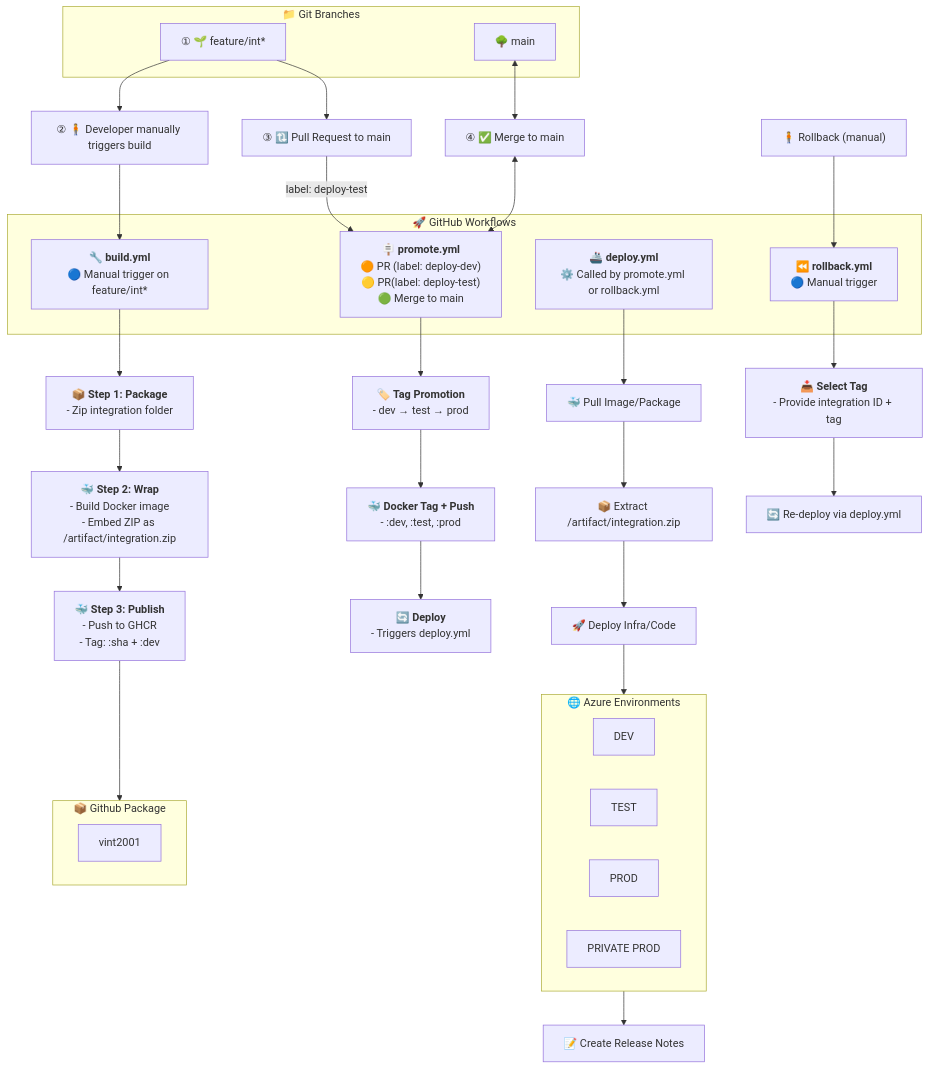
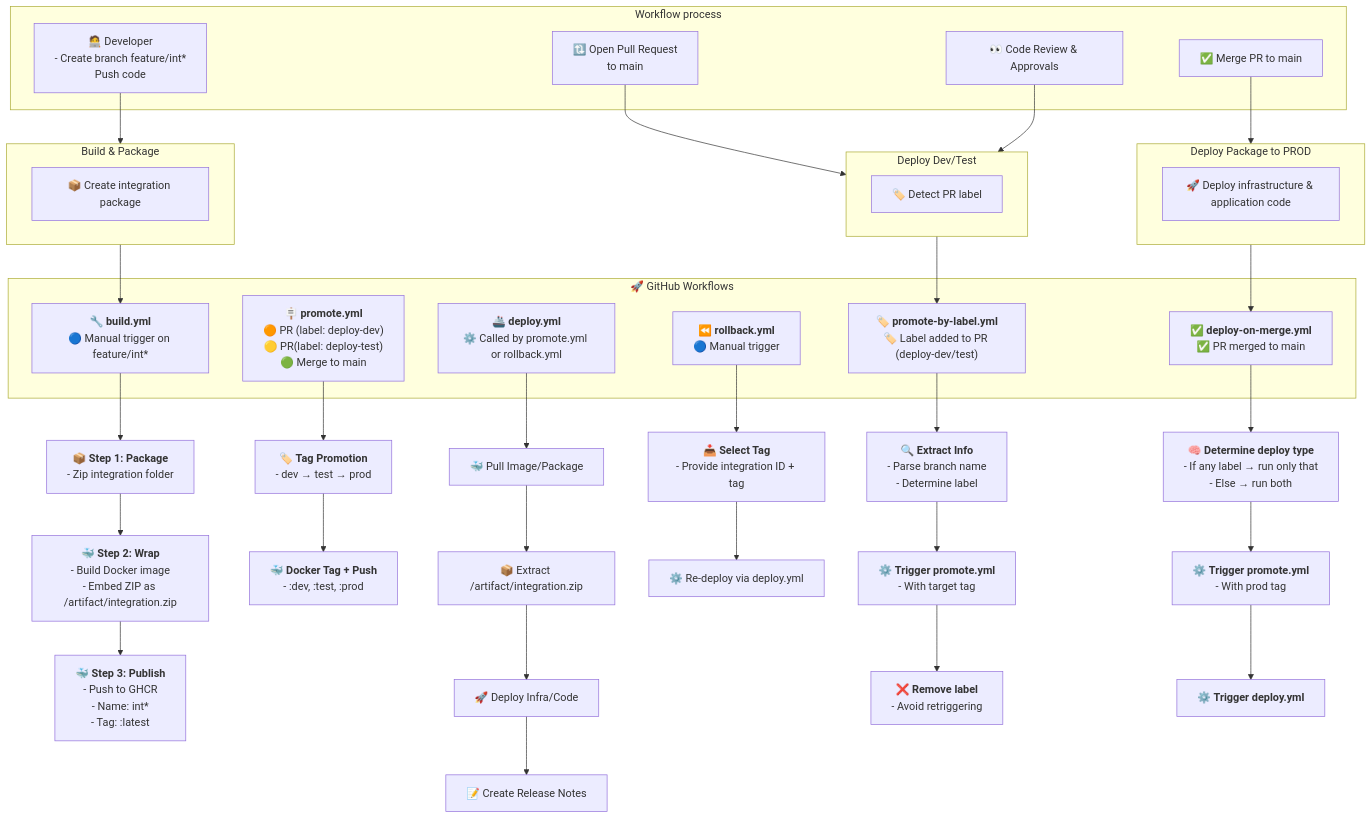
Before and after one commit to antonidag/radius: the second of 5 diagrams in README.md, drawn with Mermaid.

Commit message:
docs: add readme subgraph

````diff
--- a/README.md
+++ b/README.md
@@ -37,46 +37,78 @@
 ```mermaid
 ---
 config:
   layout: dagre
 ---
 flowchart TD
- subgraph GIT["📁 Git Branches"]
-        branchFeature["① 🌱 feature/int*"]
-        branchMain["🌳 main"]
+
+  %% Developer steps
+  subgraph WORKPROCESS["Workflow process"]
+      %% Developer & Git Process (Top vertical)
+    WP1["🧑‍💻 Developer<br>- Create branch feature/int* <br>Push code"]
+    WP2["🔃 Open Pull Request <br>to main"]
+    WP3["👀 Code Review & Approvals"]
+    WP4["✅ Merge PR to main"]
   end
- subgraph ENVIRONMENTS["🌐 Azure Environments"]
-        ENV_DEV["DEV"]
-        ENV_TEST["TEST"]
-        ENV_PROD["PROD"]
-        ENV_HYBRID_PROD["PRIVATE PROD"]
+
+  %% Build Phase
+  subgraph WPBUILD["Build & Package"]
+    B11["📦 Create integration package"]
   end
- subgraph Package["📦 Github Package"]
-        p1["vint2001"]
+
+  %% Promotion Phase
+  subgraph WPPROMOTE["Deploy Dev/Test"]
+    P11["🏷️ Detect PR label"]
   end
- subgraph WORKFLOWS["🚀 GitHub Workflows"]
-        W1["🔧 <b>build.yml</b><br>🔵 Manual trigger on feature/int*"]
-        W2["🪧 <b>promote.yml</b><br>🟠 PR (label: deploy-dev)<br>🟡 PR(label: deploy-test)<br>🟢 Merge to main"]
-        W3["🚢 <b>deploy.yml</b><br>⚙️ Called by promote.yml or rollback.yml"]
-        W4["⏪ <b>rollback.yml</b><br>🔵 Manual trigger"]
+
+  %% Deploy Phase
+  subgraph WPDEPLOY["Deploy Package to PROD"]
+    D32["🚀 Deploy infrastructure & application code"]
+
   end
-    W1 --> B1["📦 <b>Step 1: Package</b><br>- Zip integration folder"]
-    B1 --> B2["🐳 <b>Step 2: Wrap</b><br>- Build Docker image<br>- Embed ZIP as /artifact/integration.zip"]
-    B2 --> B3["🐳 <b>Step 3: Publish</b><br>- Push to GHCR<br>- Tag: :sha + :dev"]
-    B3 --> Package
-    W2 --> P1["🏷️ <b>Tag Promotion</b><br>- dev → test → prod"]
-    P1 --> P2["🐳 <b>Docker Tag + Push</b><br>- :dev, :test, :prod"]
-    P2 --> P3["🔄 <b>Deploy</b><br>- Triggers deploy.yml"]
-    W3 --> D1["🐳 Pull Image/Package"]
-    D1 --> D2["📦 Extract /artifact/integration.zip"]
-    D2 --> D3["🚀 Deploy Infra/Code"]
-    D3 --> ENVIRONMENTS
-    ENVIRONMENTS --> D4["📝 Create Release Notes"]
-    W4 --> R1["📥 <b>Select Tag</b><br>- Provide integration ID + tag"]
-    R1 --> R2["🔄 Re-deploy via deploy.yml"]
-    branchFeature --> DevPush["② 🧍 Developer manually triggers build"] & PR["③ 🔃 Pull Request to main"]
-    DevPush --> W1
-    PR -- "label: deploy-test" --> W2
-    branchMain <--> MergeMain["④ ✅ Merge to main"]
-    MergeMain <--> W2
-    ManualRollback["🧍 Rollback (manual)"] --> W4
+  WP1 --> WPBUILD
+  WP2 --> WPPROMOTE
+  WP3 --> WPPROMOTE
+  WP4 --> WPDEPLOY
+  
+  WPBUILD --> W1
+  WPPROMOTE --> W5
+  WPDEPLOY --> W6
+
+  subgraph WORKFLOWS["🚀 GitHub Workflows"]
+      W1["🔧 <b>build.yml</b><br>🔵 Manual trigger on feature/int*"]
+      W2["🪧 <b>promote.yml</b><br>🟠 PR (label: deploy-dev)<br>🟡 PR(label: deploy-test)<br>🟢 Merge to main"]
+      W3["🚢 <b>deploy.yml</b><br>⚙️ Called by promote.yml or rollback.yml"]
+      W4["⏪ <b>rollback.yml</b><br>🔵 Manual trigger"]
+      W5["🏷️ <b>promote-by-label.yml</b><br>🏷️ Label added to PR (deploy-dev/test)"]
+      W6["✅ <b>deploy-on-merge.yml</b><br>✅ PR merged to main"]
+  end
+
+  %% build.yml
+  W1 --> B1["📦 <b>Step 1: Package</b><br>- Zip integration folder"]
+  B1 --> B2["🐳 <b>Step 2: Wrap</b><br>- Build Docker image<br>- Embed ZIP as /artifact/integration.zip"]
+  B2 --> B3["🐳 <b>Step 3: Publish</b><br>- Push to GHCR<br>- Name: int* <br>- Tag: :latest"]
+
+  %% promote.yml
+  W2 --> P1["🏷️ <b>Tag Promotion</b><br>- dev → test → prod"]
+  P1 --> P2["🐳 <b>Docker Tag + Push</b><br>- :dev, :test, :prod"]
+
+  %% deploy.yml
+  W3 --> D1["🐳 Pull Image/Package"]
+  D1 --> D2["📦 Extract /artifact/integration.zip"]
+  D2 --> D3["🚀 Deploy Infra/Code"]
+  D3 --> D4["📝 Create Release Notes"]
+
+  %% rollback.yml
+  W4 --> R1["📥 <b>Select Tag</b><br>- Provide integration ID + tag"]
+  R1 --> R2["⚙️ Re-deploy via deploy.yml"]
+
+  %% promote-by-label.yml
+  W5 --> L1["🔍 <b>Extract Info</b><br>- Parse branch name<br>- Determine label"]
+  L1 --> L2["⚙️  <b>Trigger promote.yml</b><br>- With target tag"]
+  L2 --> L3["❌ <b>Remove label</b><br>- Avoid retriggering"]
+
+  %% deploy-on-merge.yml
+  W6 --> M1["🧠 <b>Determine deploy type</b><br>- If any label → run only that<br>- Else → run both"]
+  M1 --> M2["⚙️ <b>Trigger promote.yml</b><br>- With prod tag"]
+  M2 --> M3["⚙️ <b>Trigger deploy.yml</b>"]
 ```
````
